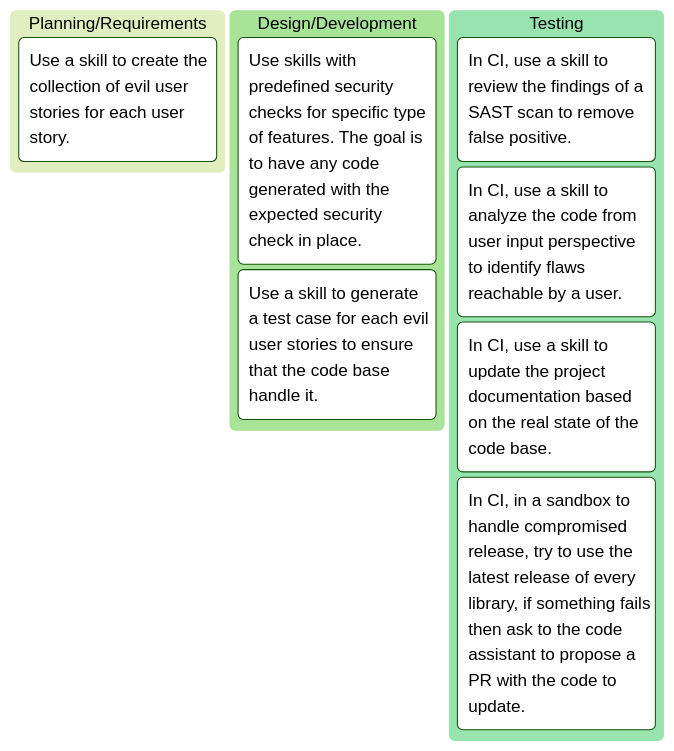
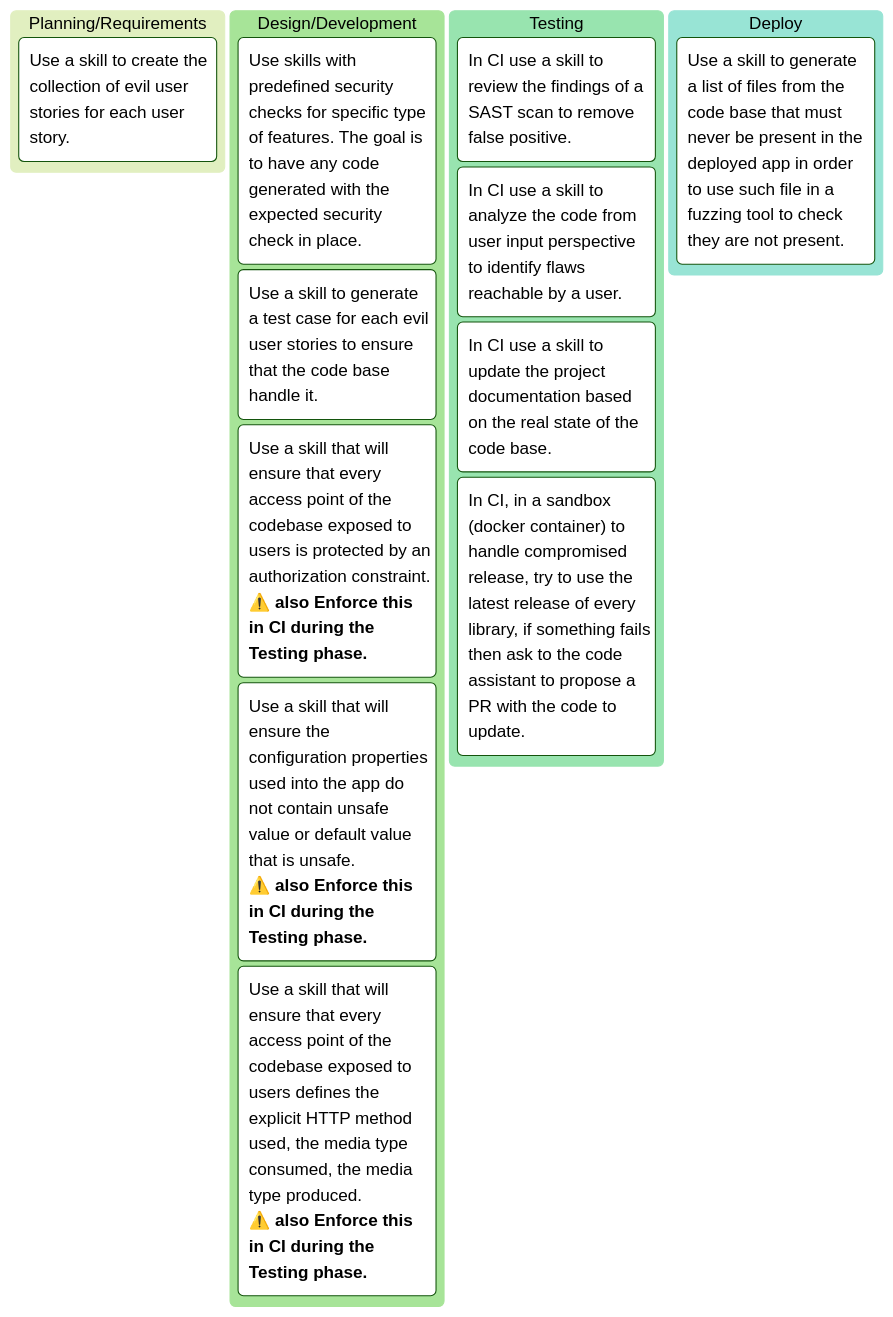
Before and after one commit to righettod/poc-llm: the diagram in poc07/README.md, drawn with Mermaid (forest theme). The commit also changed other lines of this file, not shown here.

Commit message:
init poc7

````diff
--- a/poc07/README.md
+++ b/poc07/README.md
@@ -7,13 +16,18 @@
 ```mermaid
 kanban
     step00[Planning/Requirements]
-        step00-task00[Use a skill to create the collection of evil user stories for each user story.]
+        step00-task00["Use a skill to create the collection of evil user stories for each user story."]
     step01[Design/Development]
-        step01-task00[Use skills with predefined security checks for specific type of features. The goal is to have any code generated with the expected security check in place.]
-        step01-task01[Use a skill to generate a test case for each evil user stories to ensure that the code base handle it.]
+        step01-task00["Use skills with predefined security checks for specific type of features. The goal is to have any code generated with the expected security check in place."]
+        step01-task01["Use a skill to generate a test case for each evil user stories to ensure that the code base handle it."]
+        step01-task02["Use a skill that will ensure that every access point of the codebase exposed to users is protected by an authorization constraint.<br/>⚠️ **also Enforce this in CI during the Testing phase.**"] 
+        step01-task03["Use a skill that will ensure the configuration properties used into the app do not contain unsafe value or default value that is unsafe.<br/>⚠️ **also Enforce this in CI during the Testing phase.**"]       
+        step01-task02["Use a skill that will ensure that every access point of the codebase exposed to users defines the explicit HTTP method used, the media type consumed, the media type produced.<br/>⚠️ **also Enforce this in CI during the Testing phase.**"]                  
     step02[Testing]    
-        step02-task00[In CI, use a skill to review the findings of a SAST scan to remove false positive.]
-        step02-task01[In CI, use a skill to analyze the code from user input perspective to identify flaws reachable by a user.]
-        step02-task02[In CI, use a skill to update the project documentation based on the real state of the code base.]     
-        step02-task03[In CI, in a sandbox to handle compromised release, try to use the latest release of every library, if something fails then ask to the code assistant to propose a PR with the code to update.]               
+        step02-task00["In CI use a skill to review the findings of a SAST scan to remove false positive."]
+        step02-task01["In CI use a skill to analyze the code from user input perspective to identify flaws reachable by a user."]
+        step02-task02["In CI use a skill to update the project documentation based on the real state of the code base."]     
+        step02-task03["In CI, in a sandbox (docker container) to handle compromised release, try to use the latest release of every library, if something fails then ask to the code assistant to propose a PR with the code to update."]     
+    step03[Deploy]              
+        step03-task00["Use a skill to generate a list of files from the code base that must never be present in the deployed app in order to use such file in a fuzzing tool to check they are not present."]
 ```
````
